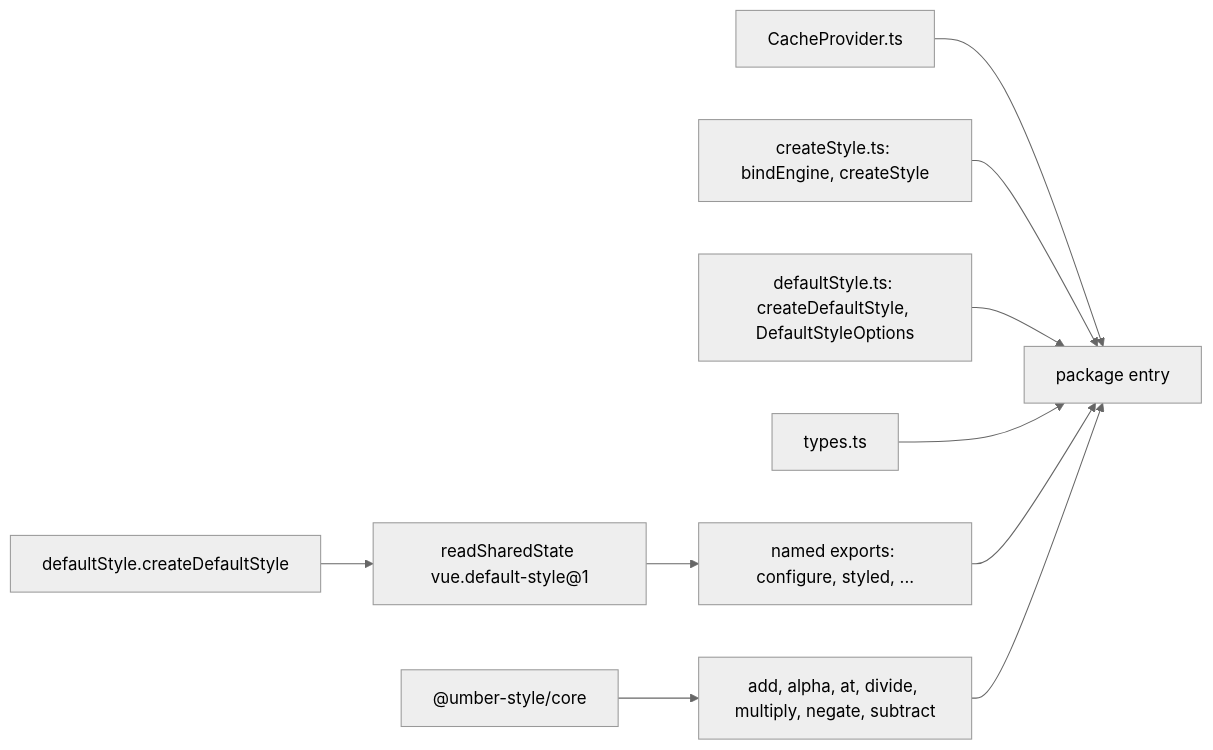
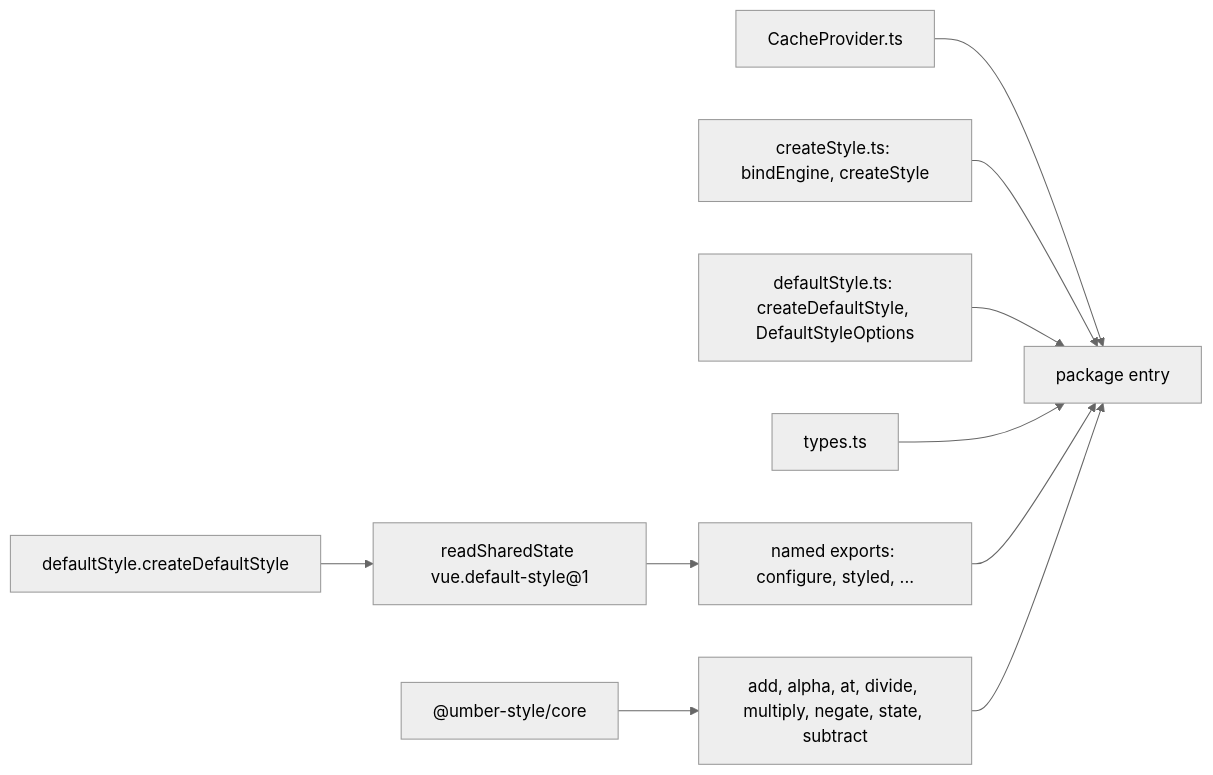
The diagram in packages/vue/src/index.md (soroush-tech/umber-style), drawn with Mermaid (neutral theme) before and after one commit. The commit also changed other lines of this file and 80 other files, not shown here.

````diff
--- a/packages/vue/src/index.md
+++ b/packages/vue/src/index.md
@@ -19,12 +19,12 @@
 ```mermaid
 flowchart LR
   ds["defaultStyle.createDefaultStyle"] --> sh["readSharedState vue.default-style@1"]
   sh --> mem["named exports: configure, styled, ..."]
-  core["@umber-style/core"] --> h["add, alpha, at, divide, multiply, negate, subtract"]
+  core["@umber-style/core"] --> h["add, alpha, at, divide, multiply, negate, state, subtract"]
   cp["CacheProvider.ts"] --> api["package entry"]
   cr["createStyle.ts: bindEngine, createStyle"] --> api
   df["defaultStyle.ts: createDefaultStyle, DefaultStyleOptions"] --> api
   ty["types.ts"] --> api
   mem --> api
   h --> api
 ```
````
